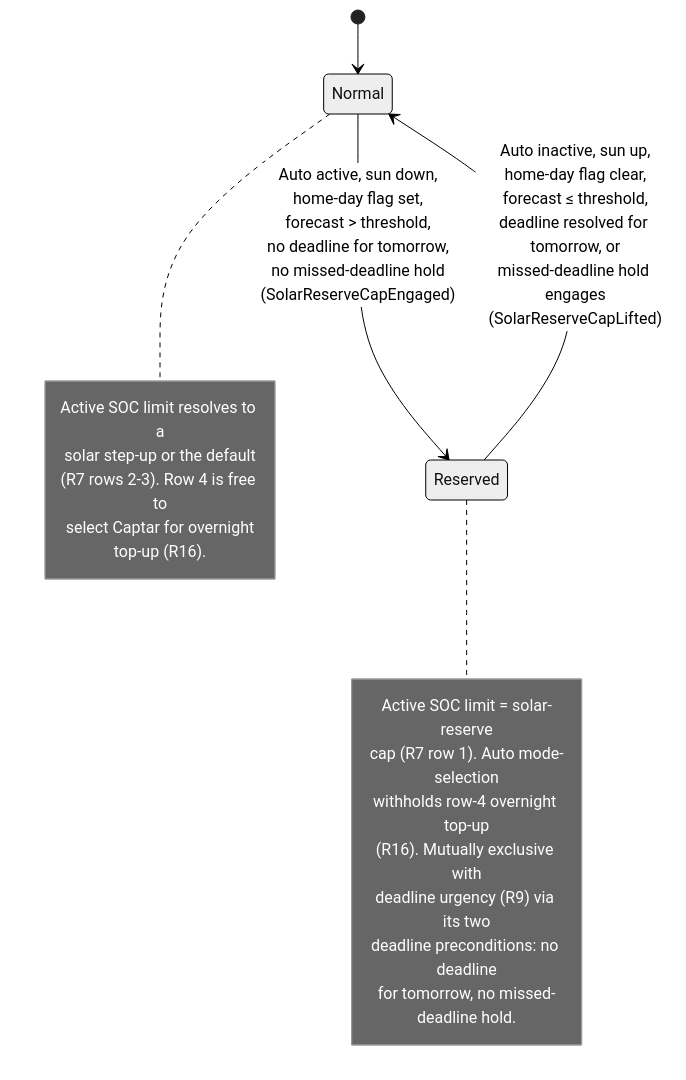
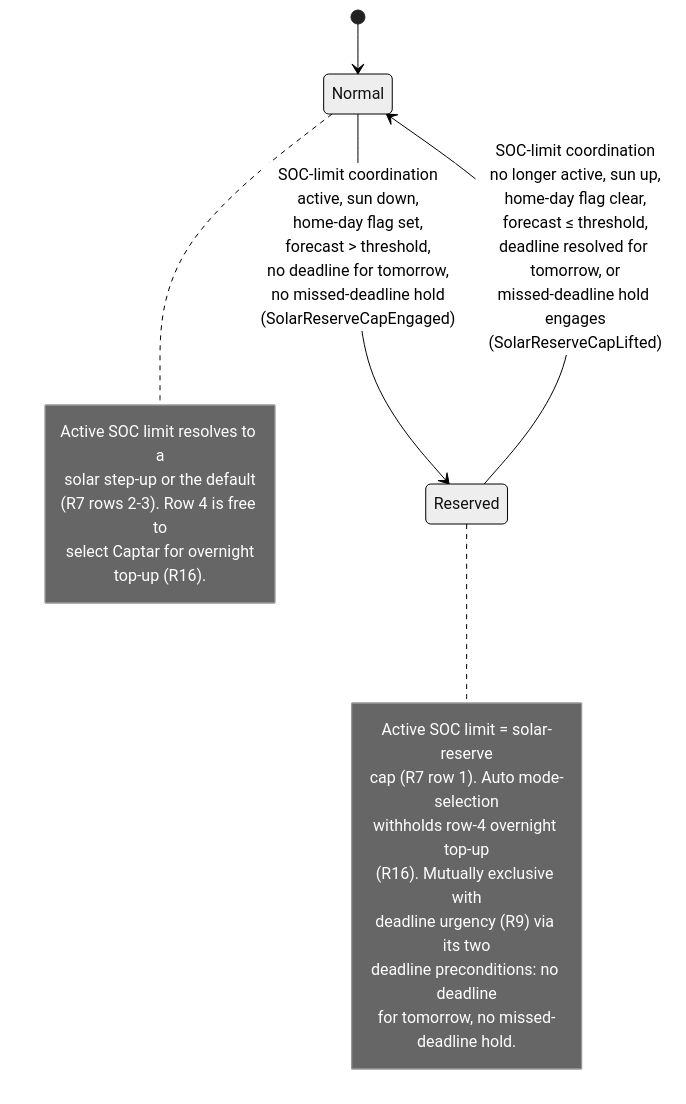
One commit to kristofdegrave/homeassistant-smart-charging changed the diagram in docs/analysis/use-cases/UC07-reserve-capacity-for-tomorrow.md. Above: the diagram before and after it, drawn with Mermaid (neutral theme). The commit also changed other lines of this file, not shown here.

First line of the commit message:
docs: frame UC07's reserve-cap gate as SOC-limit coordination, not profile identity

````diff
--- a/docs/analysis/use-cases/UC07-reserve-capacity-for-tomorrow.md
+++ b/docs/analysis/use-cases/UC07-reserve-capacity-for-tomorrow.md
@@ -145,22 +147,22 @@
 ```mermaid
 stateDiagram-v2
     [*] --> Normal
-    Normal --> Reserved: Auto active, sun down,<br/>home-day flag set,<br/>forecast > threshold,<br/>no deadline for tomorrow,<br/>no missed-deadline hold<br/>(SolarReserveCapEngaged)
-    Reserved --> Normal: Auto inactive, sun up,<br/>home-day flag clear,<br/>forecast ≤ threshold,<br/>deadline resolved for tomorrow, or<br/>missed-deadline hold engages<br/>(SolarReserveCapLifted)
+    Normal --> Reserved: SOC-limit coordination<br/>active, sun down,<br/>home-day flag set,<br/>forecast > threshold,<br/>no deadline for tomorrow,<br/>no missed-deadline hold<br/>(SolarReserveCapEngaged)
+    Reserved --> Normal: SOC-limit coordination<br/>no longer active, sun up,<br/>home-day flag clear,<br/>forecast ≤ threshold,<br/>deadline resolved for tomorrow, or<br/>missed-deadline hold engages<br/>(SolarReserveCapLifted)
     note right of Reserved
         Active SOC limit = solar-reserve
         cap (R7 row 1). Auto mode-selection
         withholds row-4 overnight top-up
         (R16). Mutually exclusive with
         deadline urgency (R9) via its two
         deadline preconditions: no deadline
         for tomorrow, no missed-deadline hold.
     end note
     note right of Normal
         Active SOC limit resolves to a
         solar step-up or the default
         (R7 rows 2-3). Row 4 is free to
         select Captar for overnight
         top-up (R16).
     end note
 ```
````
